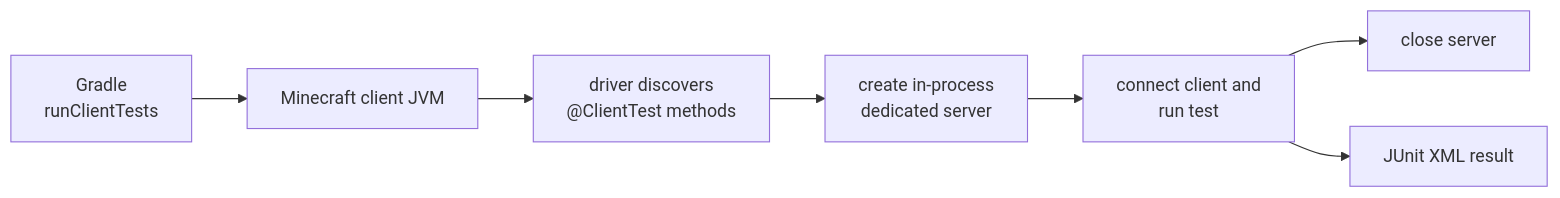
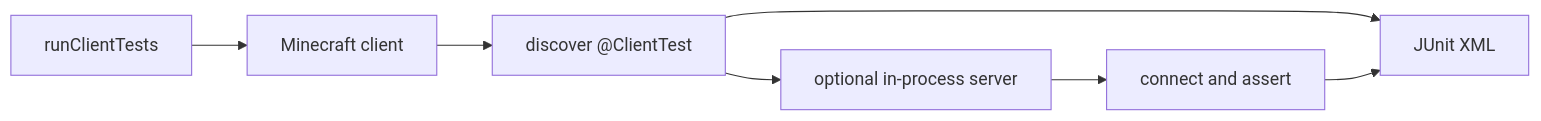
Before and after one commit to bertie-mc/bertie: the second of 2 diagrams in docs/testing.md, drawn with Mermaid. The commit also changed other lines of this file and 3 other files, not shown here.

````diff
--- a/docs/testing.md
+++ b/docs/testing.md
@@ -174,9 +193,9 @@
 ```mermaid
 flowchart LR
-    G["Gradle<br/>runClientTests"] --> C["Minecraft client JVM"]
-    C --> D["driver discovers<br/>@ClientTest methods"]
-    D --> S["create in-process<br/>dedicated server"]
-    S --> N["connect client and<br/>run test"]
-    N --> X["close server"]
-    N --> R["JUnit XML result"]
+    G["runClientTests"] --> C["Minecraft client"]
+    C --> D["discover @ClientTest"]
+    D --> S["optional in-process server"]
+    S --> N["connect and assert"]
+    D --> R["JUnit XML"]
+    N --> R
 ```
````
